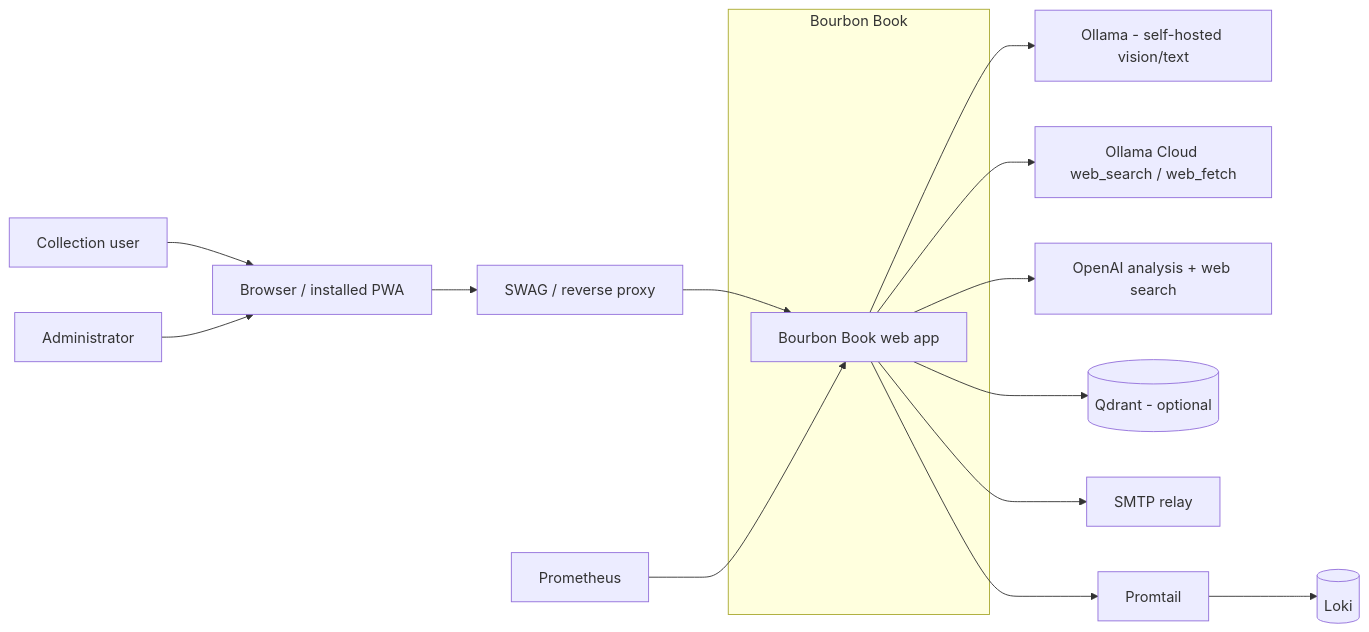
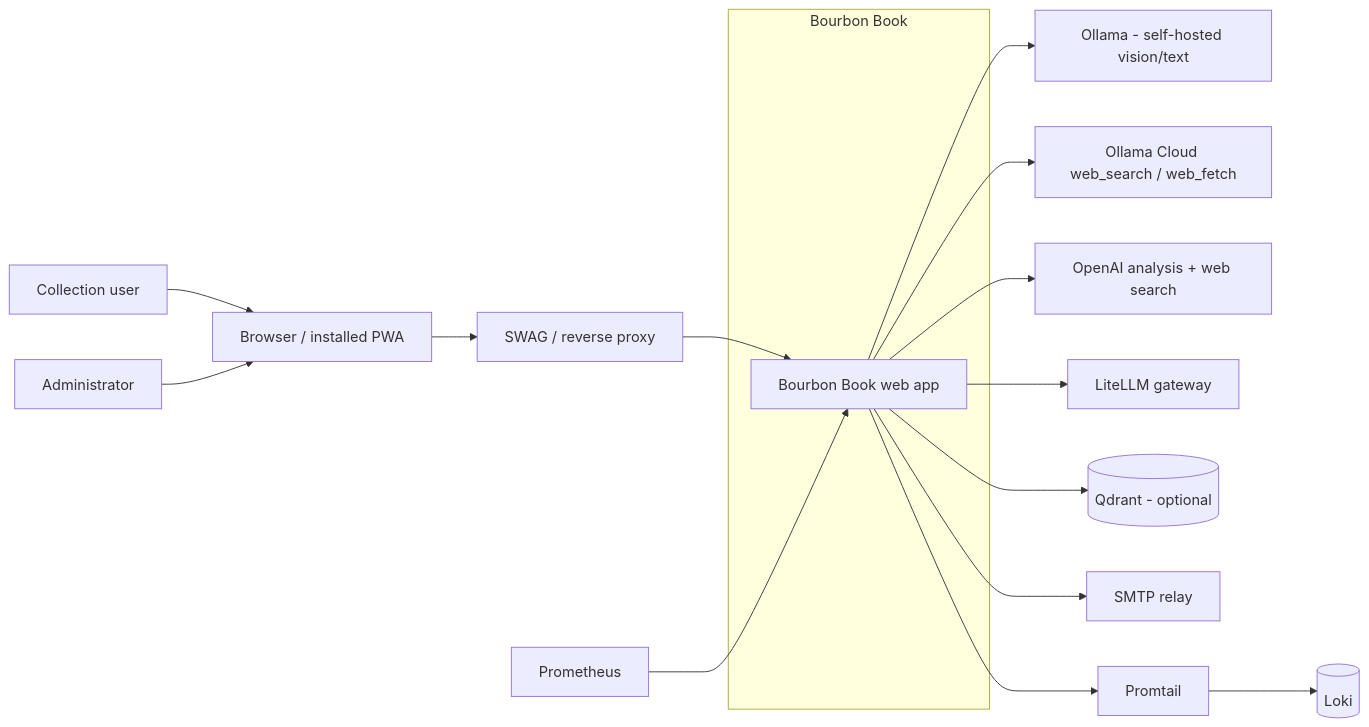
The diagram in docs/architecture/c1-system-context.md (adhatcher-org/bourbonbook), drawn with Mermaid before and after one commit. The commit also changed other lines of this file and 14 other files, not shown here.

First line of the commit message:
Bring the as-built architecture docs up to date through ADR 0006

````diff
--- a/docs/architecture/c1-system-context.md
+++ b/docs/architecture/c1-system-context.md
@@ -13,33 +14,35 @@
 ```mermaid
 flowchart LR
   user[Collection user]
   admin[Administrator]
   browser[Browser / installed PWA]
 
   subgraph bourbon["Bourbon Book"]
     app[Bourbon Book web app]
   end
 
   swag[SWAG / reverse proxy]
   ollama[Ollama - self-hosted vision/text]
   ollama_cloud[Ollama Cloud web_search / web_fetch]
   openai[OpenAI analysis + web search]
+  litellm[LiteLLM gateway]
   qdrant[(Qdrant - optional)]
   smtp[SMTP relay]
   prometheus[Prometheus]
   promtail[Promtail]
   loki[(Loki)]
 
   user --> browser
   admin --> browser
   browser --> swag --> app
 
   app --> ollama
   app --> ollama_cloud
   app --> openai
+  app --> litellm
   app --> qdrant
   app --> smtp
 
   prometheus --> app
   app --> promtail --> loki
 ```
````
